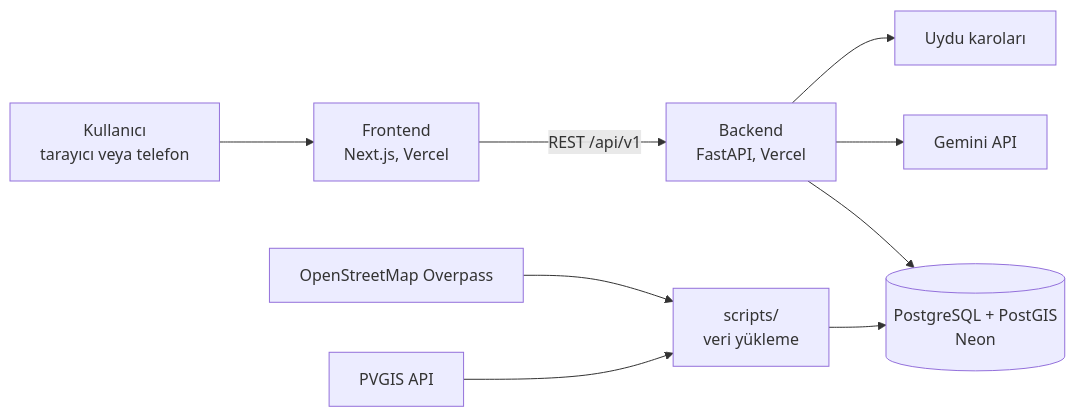
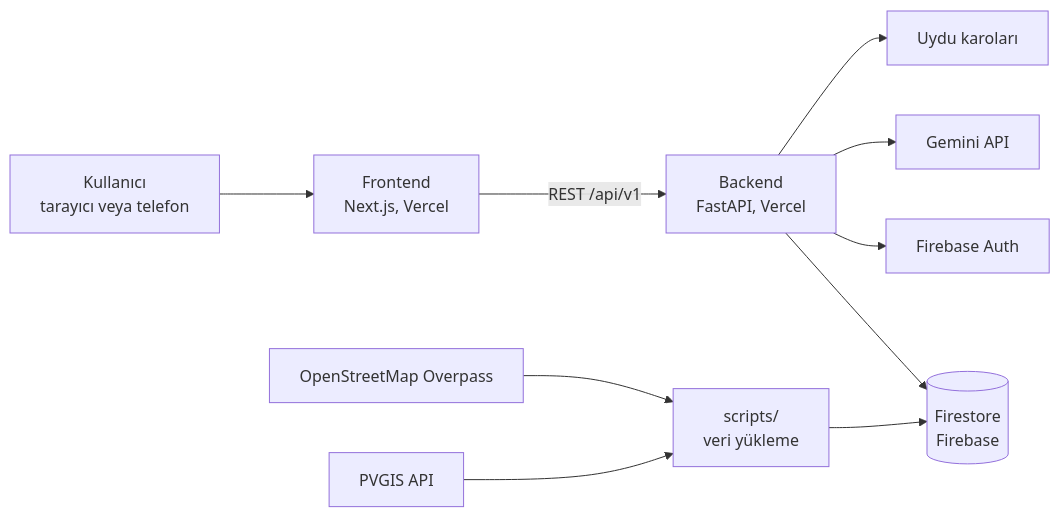
The diagram in PROJE.md (mahmutconger/suntech-cati-radari), drawn with Mermaid before and after one commit. The commit also changed other lines of this file and 23 other files, not shown here.

````diff
--- a/PROJE.md
+++ b/PROJE.md
@@ -99,11 +99,12 @@
 ```mermaid
 flowchart LR
   K["Kullanıcı<br/>tarayıcı veya telefon"] --> W["Frontend<br/>Next.js, Vercel"]
   W -- "REST /api/v1" --> A["Backend<br/>FastAPI, Vercel"]
-  A --> DB[("PostgreSQL + PostGIS<br/>Neon")]
+  A --> DB[("Firestore<br/>Firebase")]
+  A --> FA["Firebase Auth"]
   A --> GM["Gemini API"]
   A --> UY["Uydu karoları"]
   OSM["OpenStreetMap Overpass"] --> VY["scripts/<br/>veri yükleme"]
   PV["PVGIS API"] --> VY
   VY --> DB
 ```
````
